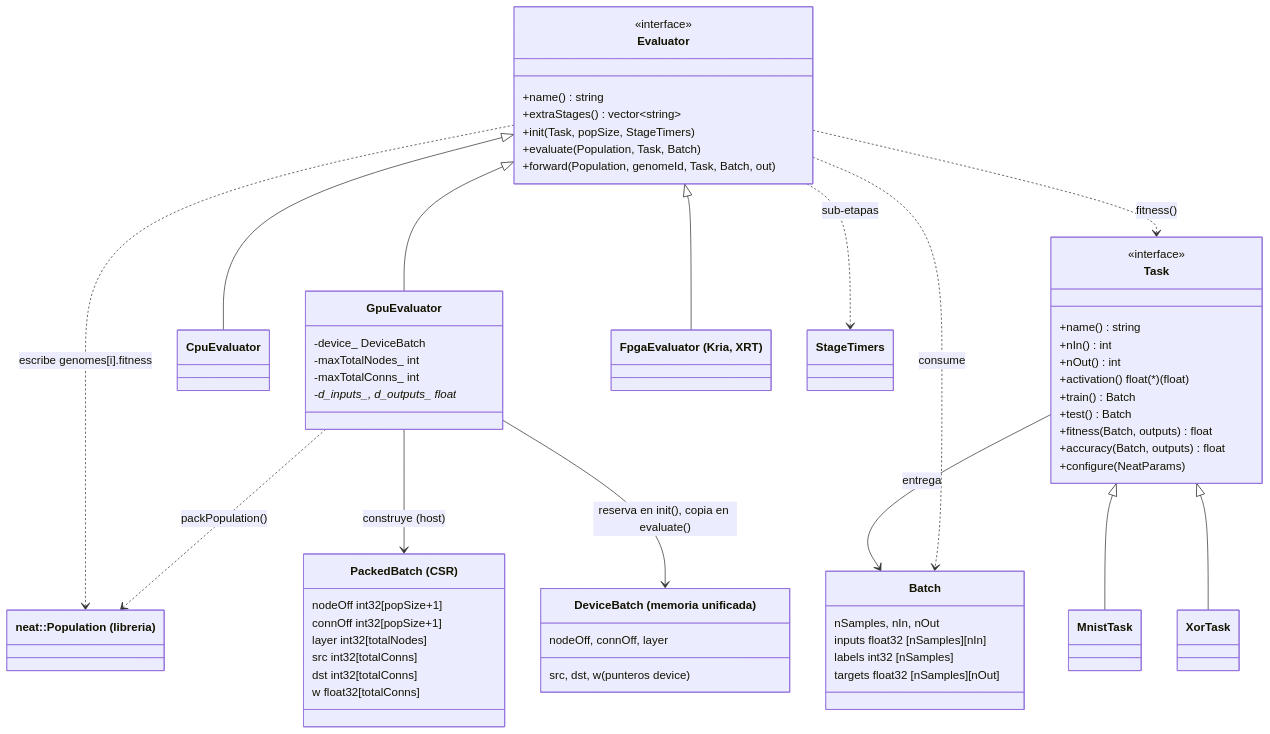
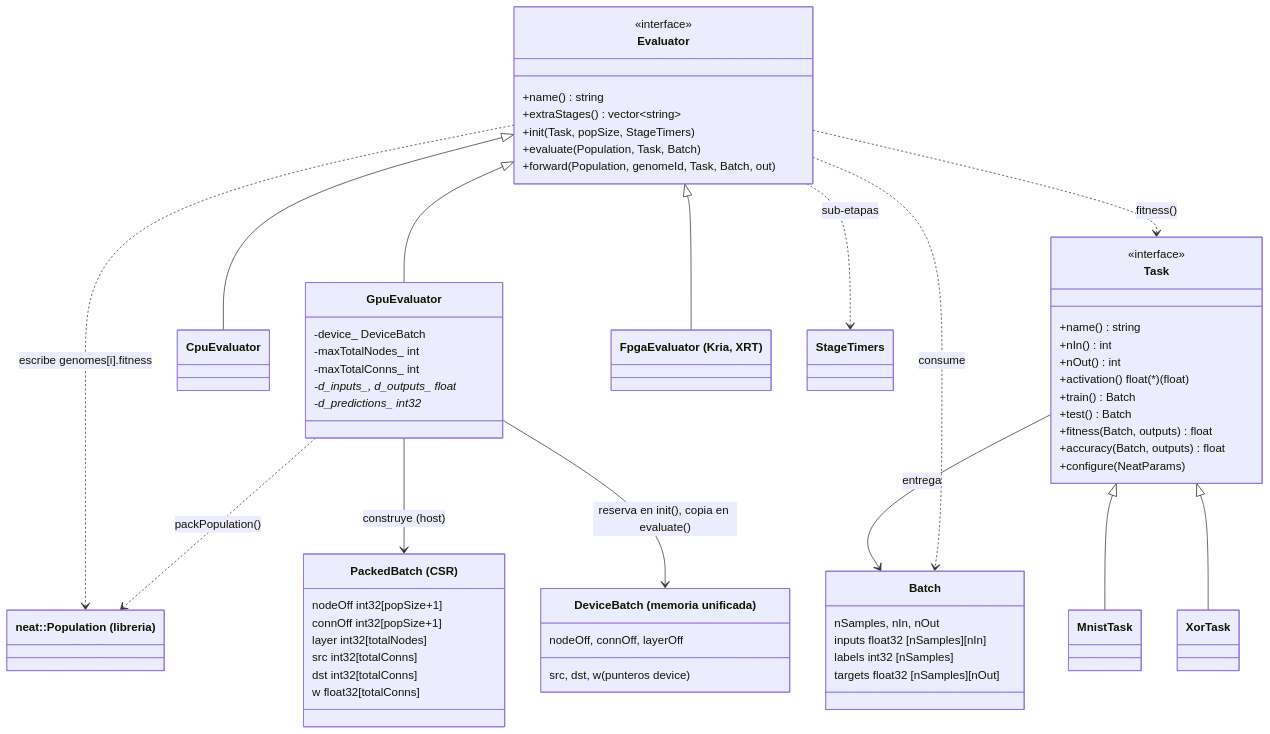
One commit to 3273B4N/ProyectoFinalHeterogeneos changed the first of 4 diagrams in neuroevo/docs/ARQUITECTURA.md. Above: the diagram before and after it, drawn with Mermaid. The commit also changed other lines of this file and 6 other files, not shown here.

````diff
--- a/neuroevo/docs/ARQUITECTURA.md
+++ b/neuroevo/docs/ARQUITECTURA.md
@@ -8,67 +8,68 @@
 ```mermaid
 classDiagram
     class Task {
         <<interface>>
         +name() string
         +nIn() int
         +nOut() int
         +activation() float(*)(float)
         +train() Batch
         +test() Batch
         +fitness(Batch, outputs) float
         +accuracy(Batch, outputs) float
         +configure(NeatParams)
     }
     class Evaluator {
         <<interface>>
         +name() string
         +extraStages() vector~string~
         +init(Task, popSize, StageTimers)
         +evaluate(Population, Task, Batch)
         +forward(Population, genomeId, Task, Batch, out)
     }
     class Batch {
         nSamples, nIn, nOut
         inputs float32 [nSamples][nIn]
         labels int32 [nSamples]
         targets float32 [nSamples][nOut]
     }
     class MnistTask
     class XorTask
     class CpuEvaluator
     class GpuEvaluator {
         -device_ DeviceBatch
         -maxTotalNodes_ int
         -maxTotalConns_ int
         -d_inputs_, d_outputs_ float*
+        -d_predictions_ int32*
     }
     class FpgaEvaluator["FpgaEvaluator (Kria, XRT)"]
     class StageTimers
     class Population["neat::Population (libreria)"]
     class PackedBatch["PackedBatch (CSR)"] {
         nodeOff int32[popSize+1]
         connOff int32[popSize+1]
         layer int32[totalNodes]
         src int32[totalConns]
         dst int32[totalConns]
         w float32[totalConns]
     }
     class DeviceBatch["DeviceBatch (memoria unificada)"] {
-        nodeOff, connOff, layer
+        nodeOff, connOff, layerOff
         src, dst, w (punteros device)
     }
 
     Task <|-- MnistTask
     Task <|-- XorTask
     Evaluator <|-- CpuEvaluator
     Evaluator <|-- GpuEvaluator
     Evaluator <|-- FpgaEvaluator
     Task --> Batch : entrega
     Evaluator ..> Batch : consume
     Evaluator ..> Task : fitness()
     Evaluator ..> Population : escribe genomes[i].fitness
     Evaluator ..> StageTimers : sub-etapas
     GpuEvaluator ..> Population : packPopulation()
     GpuEvaluator --> PackedBatch : construye (host)
     GpuEvaluator --> DeviceBatch : reserva en init(), copia en evaluate()
 ```
````
